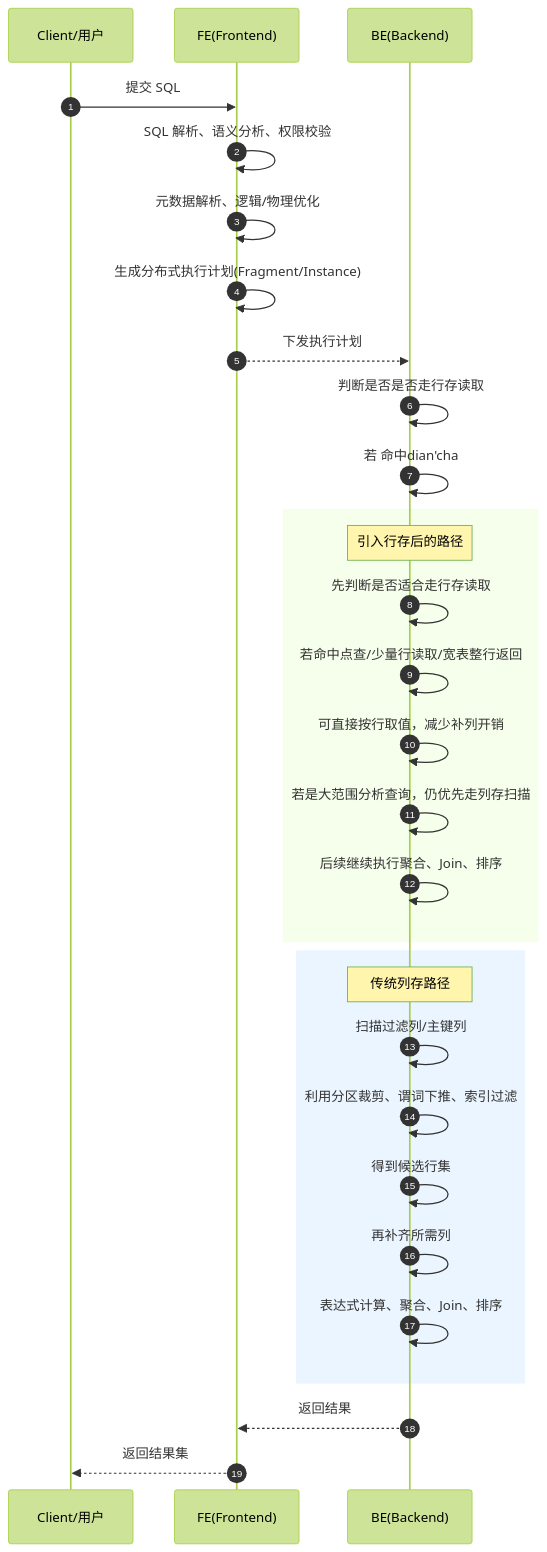
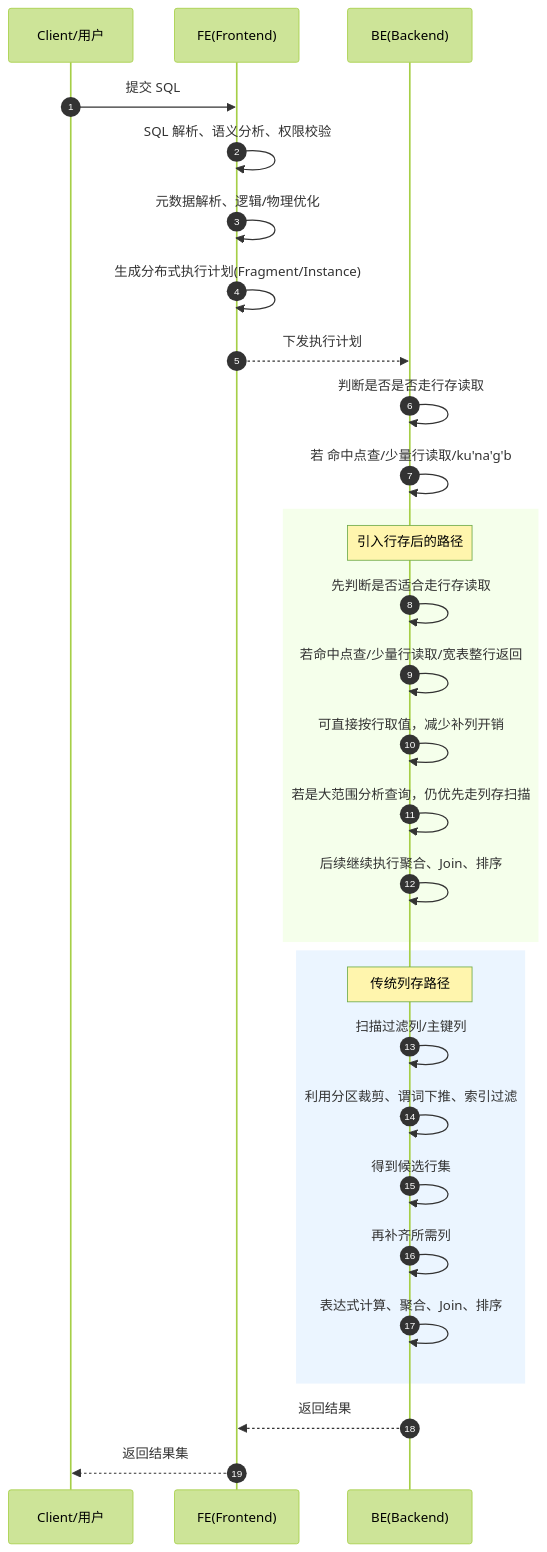
One commit to HY-10-8/iodraw-files changed the diagram in all/未命名-4.md. Above: the diagram before and after it, drawn with Mermaid (forest theme).

Commit message:
2026-04-22 17:41:36 update

````diff
--- a/all/未命名-4.md
+++ b/all/未命名-4.md
@@ -1,50 +1,50 @@
 ```mermaid
 sequenceDiagram
     autonumber
 
     participant Client as Client/用户
     participant FE as FE(Frontend)
     participant BE as BE(Backend)
     
     Client->>FE: 提交 SQL
     FE->>FE: SQL 解析、语义分析、权限校验
     FE->>FE: 元数据解析、逻辑/物理优化
     FE->>FE: 生成分布式执行计划(Fragment/Instance)
     FE-->>BE: 下发执行计划
 
     BE->>BE: 判断是否是否走行存读取
-    BE->>BE: 若 命中dian'cha
+    BE->>BE: 若 命中点查/少量行读取/ku'na'g'b
 
 
 
     rect rgb(245,255,235)
         Note over BE: 引入行存后的路径
         BE->>BE: 先判断是否适合走行存读取
         BE->>BE: 若命中点查/少量行读取/宽表整行返回
         BE->>BE: 可直接按行取值，减少补列开销
         BE->>BE: 若是大范围分析查询，仍优先走列存扫描
         BE->>BE: 后续继续执行聚合、Join、排序
     end
 
 
     rect rgb(235,245,255)
         Note over BE: 传统列存路径
         BE->>BE: 扫描过滤列/主键列
         BE->>BE: 利用分区裁剪、谓词下推、索引过滤
         BE->>BE: 得到候选行集
         BE->>BE: 再补齐所需列
         BE->>BE: 表达式计算、聚合、Join、排序
     end
 
     BE-->>FE: 返回结果
     FE-->>Client: 返回结果集
 
 
 
 
 
 
 
 
 
 ```
````
